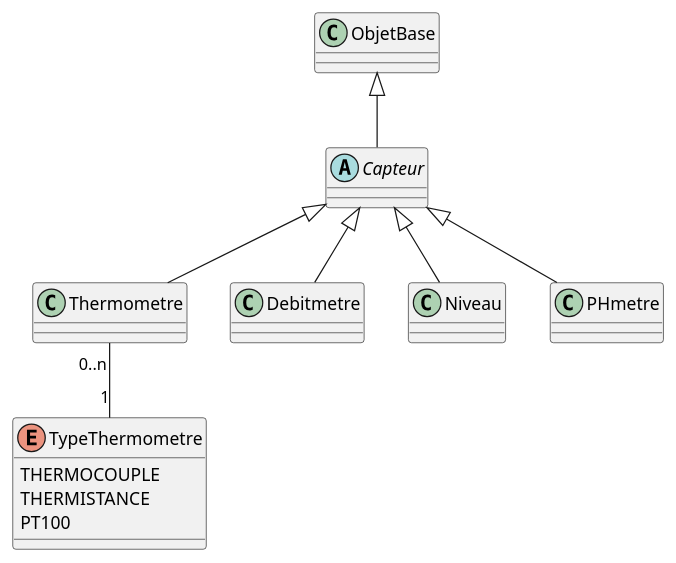
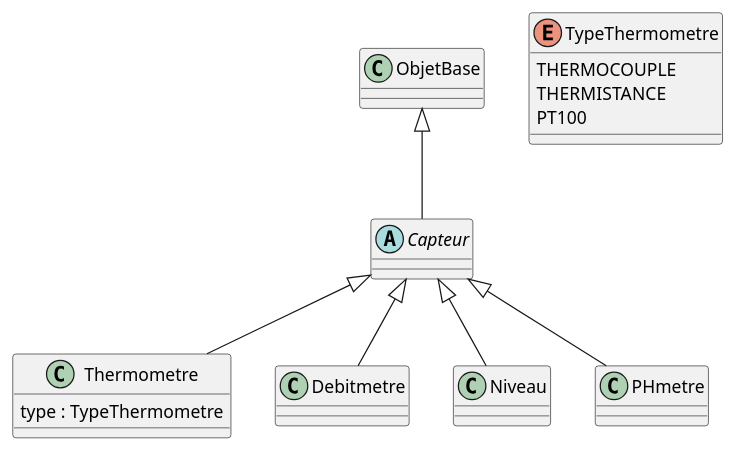
Before and after one commit to beerfactory/brewbox-uml: the diagram in capteur.iuml, drawn with PlantUML. The commit also changed 3 other files, not shown here.

```diff
--- a/capteur.iuml
+++ b/capteur.iuml
@@ -1,31 +1,30 @@
 abstract class Capteur {
 }
 
 class Thermometre {
-    
+    type : TypeThermometre
 }
 
 enum TypeThermometre {
     THERMOCOUPLE
     THERMISTANCE
     PT100
 }
 
 class Debitmetre {
     
 }
 
 class Niveau {
     
 }
 
 class PHmetre {
     
 }
 
 ObjetBase <|-- Capteur
 Capteur <|-- Thermometre
 Capteur <|-- Debitmetre
 Capteur <|-- Niveau
 Capteur <|-- PHmetre
-Thermometre "0..n" -- "1" TypeThermometre
```
